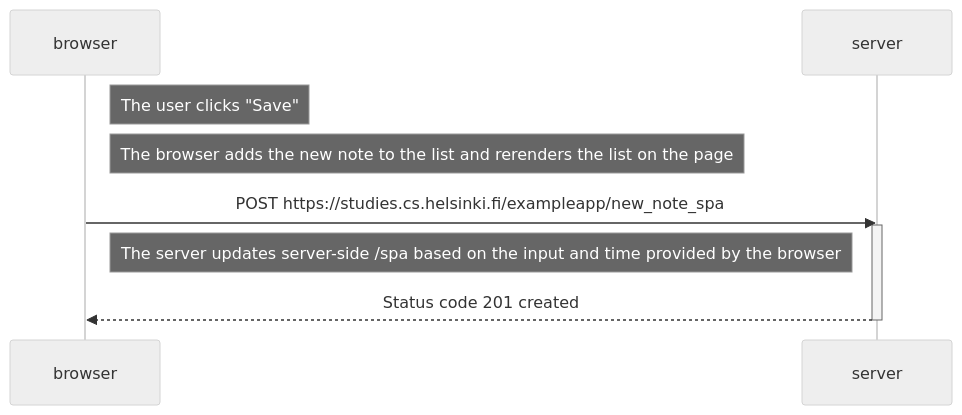
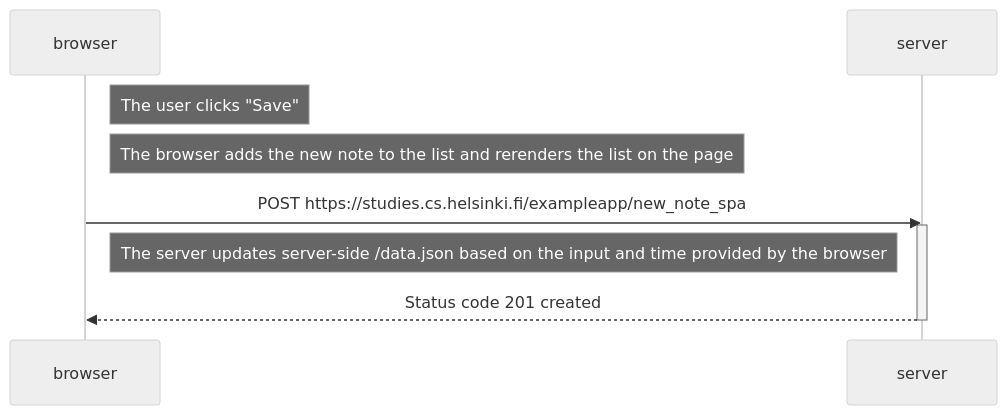
One commit to oskuH/fullstackopen changed the diagram in 0/0.6.md. Above: the diagram before and after it, drawn with Mermaid (neutral theme).

Commit message:
0.6 update

````diff
--- a/0/0.6.md
+++ b/0/0.6.md
@@ -1,13 +1,13 @@
 ```mermaid
     sequenceDiagram
         participant browser
         participant server
 
         Note right of browser: The user clicks "Save" 
         Note right of browser: The browser adds the new note to the list and rerenders the list on the page
         browser->>server: POST https://studies.cs.helsinki.fi/exampleapp/new_note_spa
         activate server
-        Note left of server: The server updates server-side /spa based on the input and time provided by the browser
+        Note left of server: The server updates server-side /data.json based on the input and  time provided by the browser
         server-->>browser: Status code 201 created
         deactivate server
 ```
````
